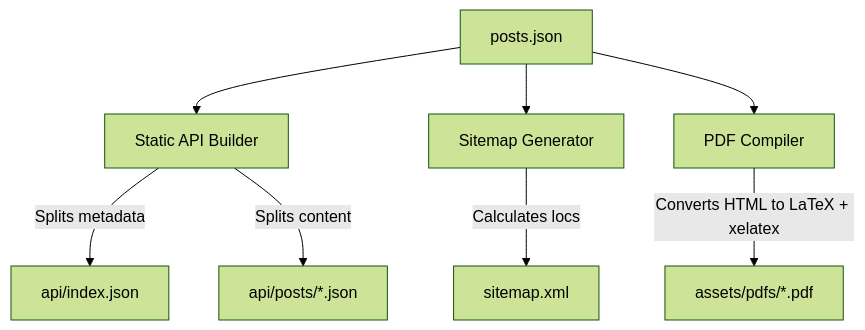
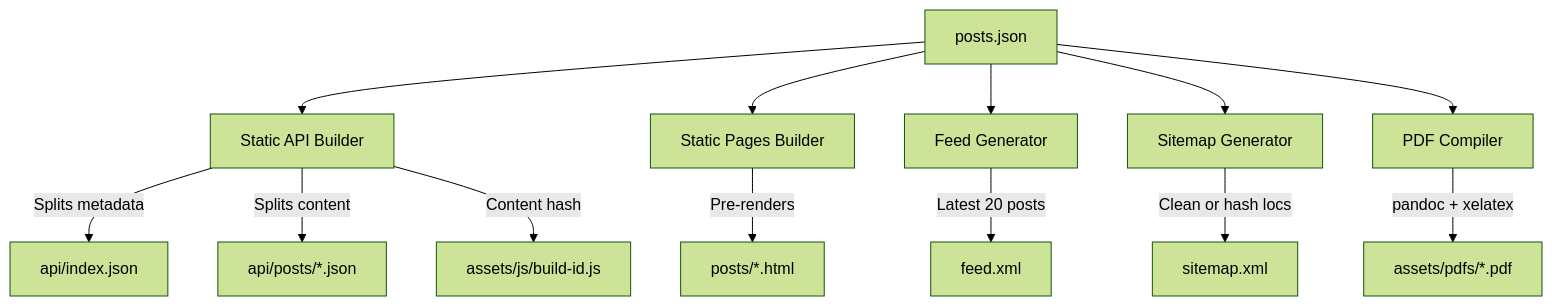
The diagram in docs/knowledge/workflows/build_pipelines.md (linzialessandro/alessandrosblog), drawn with Mermaid (forest theme) before and after one commit. The commit also changed other lines of this file and 106 other files, not shown here.

First line of the commit message:
feat: unlock the blog — static posts, Atom feed, SEO, CI

````diff
--- a/docs/knowledge/workflows/build_pipelines.md
+++ b/docs/knowledge/workflows/build_pipelines.md
@@ -16,13 +16,20 @@
 ```mermaid
 graph TD
     A[posts.json] --> B[Static API Builder]
-    A --> C[Sitemap Generator]
-    A --> D[PDF Compiler]
+    A --> C[Static Pages Builder]
+    A --> D[Feed Generator]
+    A --> E[Sitemap Generator]
+    A --> F[PDF Compiler]
     
-    B -->|Splits metadata| E[api/index.json]
-    B -->|Splits content| F[api/posts/*.json]
+    B -->|Splits metadata| G[api/index.json]
+    B -->|Splits content| H[api/posts/*.json]
+    B -->|Content hash| I[assets/js/build-id.js]
     
-    C -->|Calculates locs| G[sitemap.xml]
+    C -->|Pre-renders| J[posts/*.html]
     
-    D -->|Converts HTML to LaTeX + xelatex| H[assets/pdfs/*.pdf]
+    D -->|Latest 20 posts| K[feed.xml]
+    
+    E -->|Clean or hash locs| L[sitemap.xml]
+    
+    F -->|pandoc + xelatex| M[assets/pdfs/*.pdf]
 ```
````
